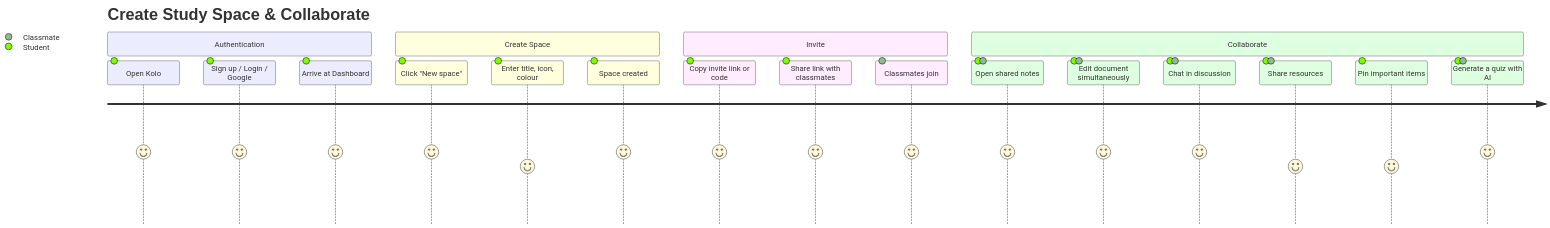
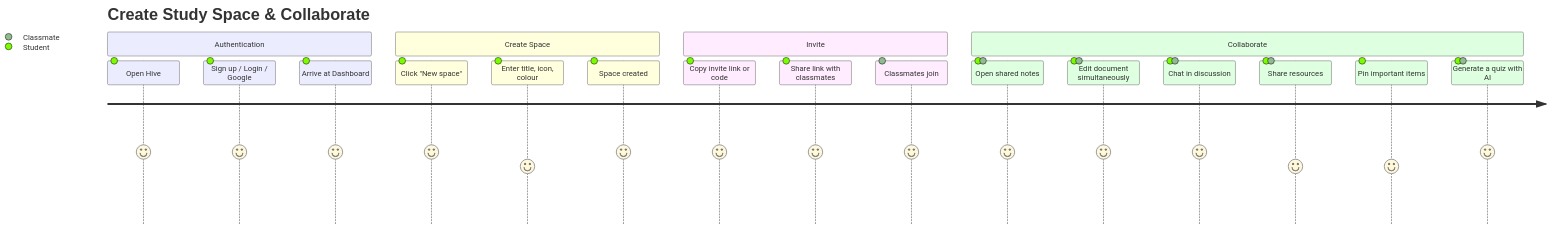
Before and after one commit to Priyansh9506/Hive: diagram 13 of 19 in README.md, drawn with Mermaid. The commit also changed other lines of this file and 19 other files, not shown here.

First line of the commit message:
feat: rename Kolo to Hive and move to tryhive.vercel.app

````diff
--- a/README.md
+++ b/README.md
@@ -1084,23 +1105,23 @@
 ```mermaid
 journey
     title Create Study Space & Collaborate
     section Authentication
-      Open Kolo: 5: Student
+      Open Hive: 5: Student
       Sign up / Login / Google: 5: Student
       Arrive at Dashboard: 5: Student
     section Create Space
       Click "New space": 5: Student
       Enter title, icon, colour: 4: Student
       Space created: 5: Student
     section Invite
       Copy invite link or code: 5: Student
       Share link with classmates: 5: Student
       Classmates join: 5: Classmate
     section Collaborate
       Open shared notes: 5: Student, Classmate
       Edit document simultaneously: 5: Student, Classmate
       Chat in discussion: 5: Student, Classmate
       Share resources: 4: Student, Classmate
       Pin important items: 4: Student
       Generate a quiz with AI: 5: Student, Classmate
 ```
````
